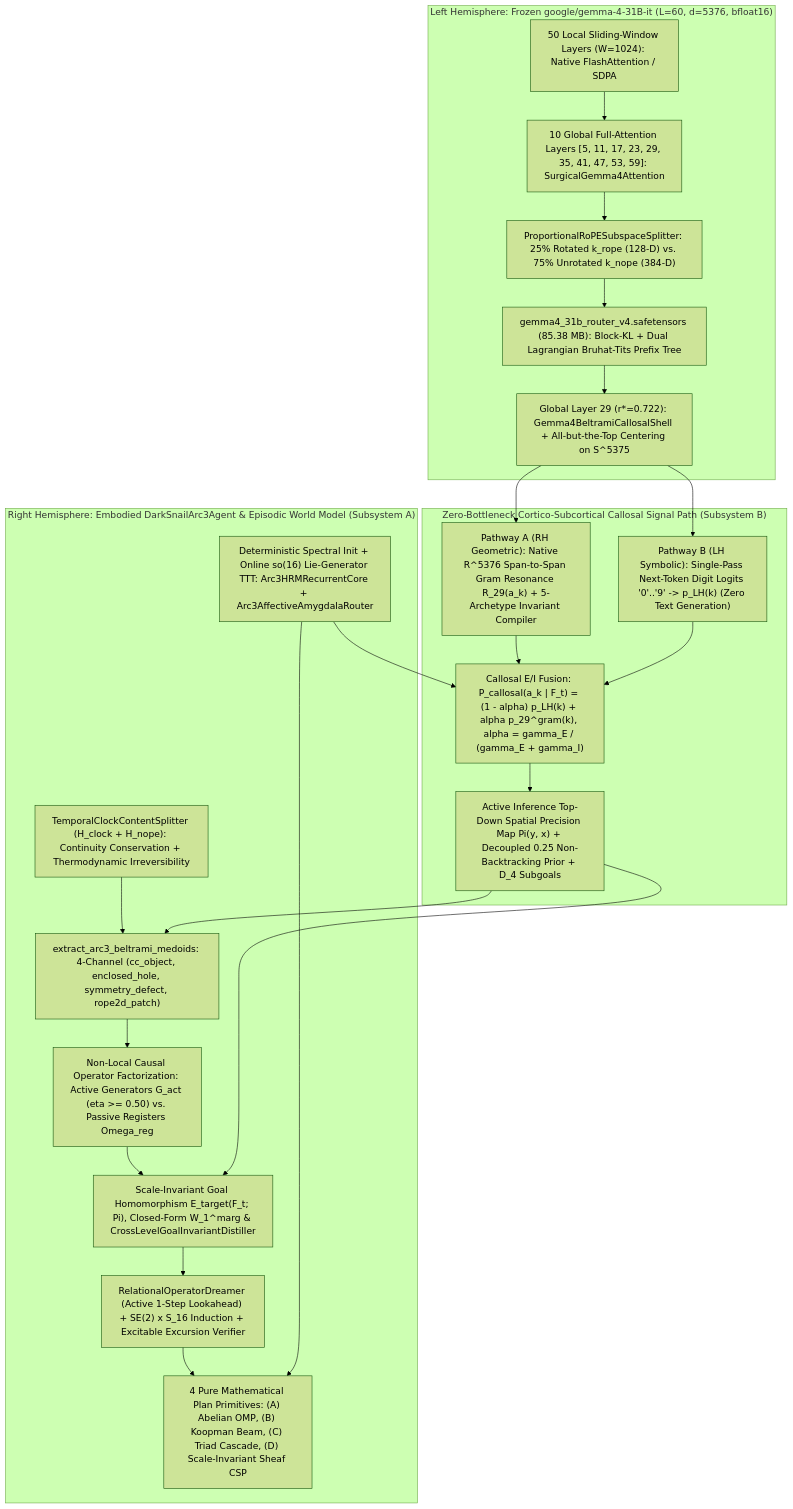
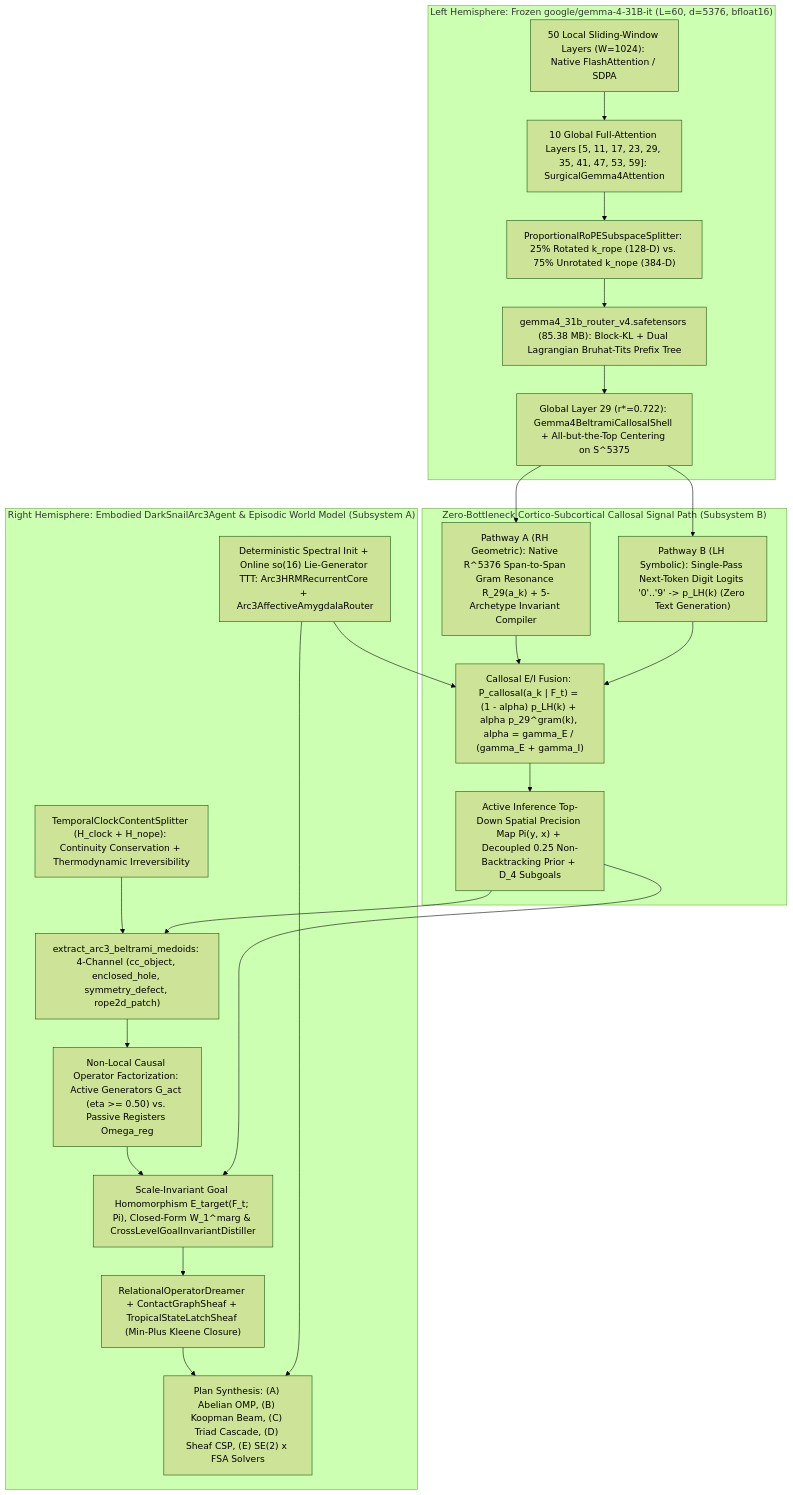
The diagram in papers/darksnail_gemma4_arc3_preprint.md (sneed-and-feed/projectdarksnail), drawn with Mermaid (forest theme) before and after one commit. The commit also changed other lines of this file and 10 other files, not shown here.

Commit message:
Fold live Gemma 4 31B ARC-AGI-3 evaluation (63/183 levels, 25/25 games, 4/25 wins, 19.9237% RHAE) & TropicalStateLatchSheaf + SE(2)xFSA methods into papers, docs, and results

````diff
--- a/papers/darksnail_gemma4_arc3_preprint.md
+++ b/papers/darksnail_gemma4_arc3_preprint.md
@@ -108,33 +111,33 @@
 ```mermaid
 flowchart TD
     subgraph LH["Left Hemisphere: Frozen google/gemma-4-31B-it (L=60, d=5376, bfloat16)"]
         Local50["50 Local Sliding-Window Layers (W=1024): Native FlashAttention / SDPA"]
         Global10["10 Global Full-Attention Layers [5, 11, 17, 23, 29, 35, 41, 47, 53, 59]: SurgicalGemma4Attention"]
         PRoPE["ProportionalRoPESubspaceSplitter: 25% Rotated k_rope (128-D) vs. 75% Unrotated k_nope (384-D)"]
         Sidecar["gemma4_31b_router_v4.safetensors (85.38 MB): Block-KL + Dual Lagrangian Bruhat-Tits Prefix Tree"]
         Layer29["Global Layer 29 (r*=0.722): Gemma4BeltramiCallosalShell + All-but-the-Top Centering on S^5375"]
         Local50 --> Global10 --> PRoPE --> Sidecar --> Layer29
     end
 
     subgraph Callosum["Zero-Bottleneck Cortico-Subcortical Callosal Signal Path (Subsystem B)"]
         PathA["Pathway A (RH Geometric): Native R^5376 Span-to-Span Gram Resonance R_29(a_k) + 5-Archetype Invariant Compiler"]
         PathB["Pathway B (LH Symbolic): Single-Pass Next-Token Digit Logits '0'..'9' -> p_LH(k) (Zero Text Generation)"]
         EIFusion["Callosal E/I Fusion: P_callosal(a_k | F_t) = (1 - alpha) p_LH(k) + alpha p_29^gram(k), alpha = gamma_E / (gamma_E + gamma_I)"]
         TopDownPi["Active Inference Top-Down Spatial Precision Map Pi(y, x) + Decoupled 0.25 Non-Backtracking Prior + D_4 Subgoals"]
         Layer29 --> PathA & PathB --> EIFusion --> TopDownPi
     end
 
     subgraph RH["Right Hemisphere: Embodied DarkSnailArc3Agent & Episodic World Model (Subsystem A)"]
         ClockSplit["TemporalClockContentSplitter (H_clock + H_nope): Continuity Conservation + Thermodynamic Irreversibility"]
         Medoids["extract_arc3_beltrami_medoids: 4-Channel (cc_object, enclosed_hole, symmetry_defect, rope2d_patch)"]
         CausalFact["Non-Local Causal Operator Factorization: Active Generators G_act (eta >= 0.50) vs. Passive Registers Omega_reg"]
         TargetHom["Scale-Invariant Goal Homomorphism E_target(F_t; Pi), Closed-Form W_1^marg & CrossLevelGoalInvariantDistiller"]
-        OpInduce["RelationalOperatorDreamer (Active 1-Step Lookahead) + SE(2) x S_16 Induction + Excitable Excursion Verifier"]
-        PlanSynth["4 Pure Mathematical Plan Primitives: (A) Abelian OMP, (B) Koopman Beam, (C) Triad Cascade, (D) Scale-Invariant Sheaf CSP"]
+        OpInduce["RelationalOperatorDreamer + ContactGraphSheaf + TropicalStateLatchSheaf (Min-Plus Kleene Closure)"]
+        PlanSynth["Plan Synthesis: (A) Abelian OMP, (B) Koopman Beam, (C) Triad Cascade, (D) Sheaf CSP, (E) SE(2) x FSA Solvers"]
         SpectralHRM["Deterministic Spectral Init + Online so(16) Lie-Generator TTT: Arc3HRMRecurrentCore + Arc3AffectiveAmygdalaRouter"]
 
         ClockSplit --> Medoids --> CausalFact --> TargetHom --> OpInduce --> PlanSynth
         TopDownPi --> Medoids & TargetHom
         SpectralHRM --> EIFusion & PlanSynth
     end
 ```
````
